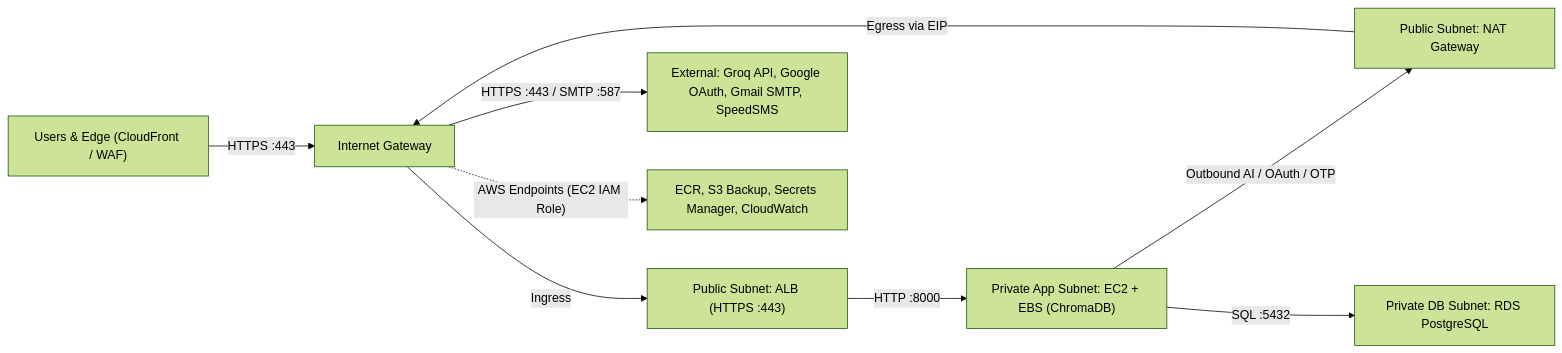
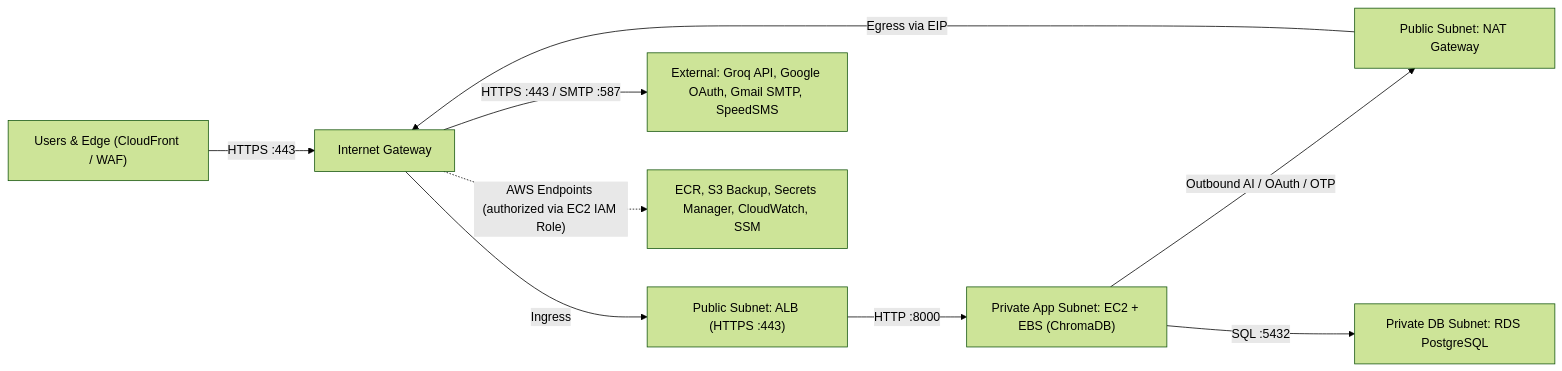
Before and after one commit to khiemdong2005/workshop_NguyenThanhKhiem: the diagram in content/5-Workshop/5.3-AWS-Infrastructure/_index.md, drawn with Mermaid (forest theme). The commit also changed 19 other files, not shown here.

Commit message:
docs(workshop): refine 5.3 Mermaid & 5.4.4 JSON and add 22 FCJ screenshot placeholders (VI/EN)

```diff
--- a/content/5-Workshop/5.3-AWS-Infrastructure/_index.md
+++ b/content/5-Workshop/5.3-AWS-Infrastructure/_index.md
@@ -19,11 +19,11 @@
 {{< mermaid >}}
 graph LR
     USER["Users & Edge (CloudFront / WAF)"] -->|"HTTPS :443"| IGW["Internet Gateway"]
     IGW -->|"Ingress"| ALB["Public Subnet: ALB (HTTPS :443)"]
     ALB -->|"HTTP :8000"| EC2["Private App Subnet: EC2 + EBS (ChromaDB)"]
     EC2 -->|"Outbound AI / OAuth / OTP"| NAT["Public Subnet: NAT Gateway"]
     NAT -->|"Egress via EIP"| IGW
     IGW -->|"HTTPS :443 / SMTP :587"| EXT["External: Groq API, Google OAuth, Gmail SMTP, SpeedSMS"]
     EC2 -->|"SQL :5432"| RDS["Private DB Subnet: RDS PostgreSQL"]
-    IGW -.->|"AWS Endpoints (EC2 IAM Role)"| AWS["ECR, S3 Backup, Secrets Manager, CloudWatch"]
+    IGW -.->|"AWS Endpoints (authorized via EC2 IAM Role)"| AWS["ECR, S3 Backup, Secrets Manager, CloudWatch, SSM"]
 {{< /mermaid >}}
```
